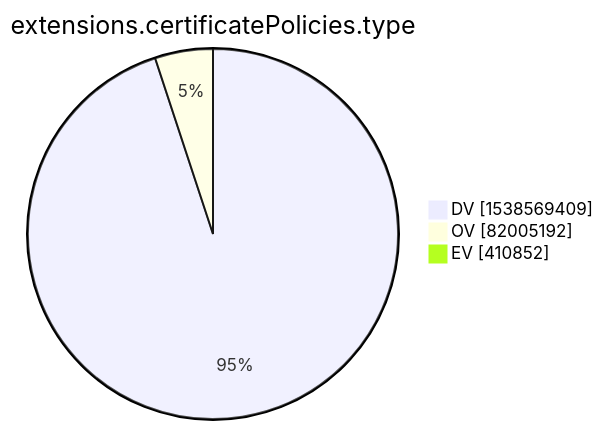
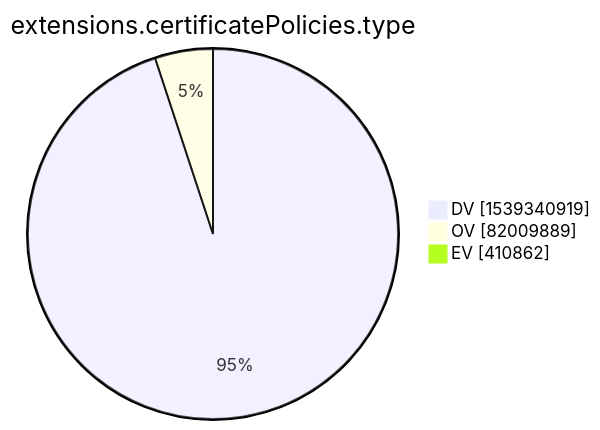
Before and after one commit to christiankrug/ctmonitor_visualization: the tenth of 15 diagrams in xenon2022/README.md, drawn with Mermaid. The commit also changed other lines of this file, not shown here.

````diff
--- a/xenon2022/README.md
+++ b/xenon2022/README.md
@@ -2876,7 +2876,7 @@
 ```mermaid
 pie showData
 title extensions.certificatePolicies.type
-"DV" :1538569409
-"OV" :82005192
-"EV" :410852
+"DV" :1539340919
+"OV" :82009889
+"EV" :410862
 ```
````
